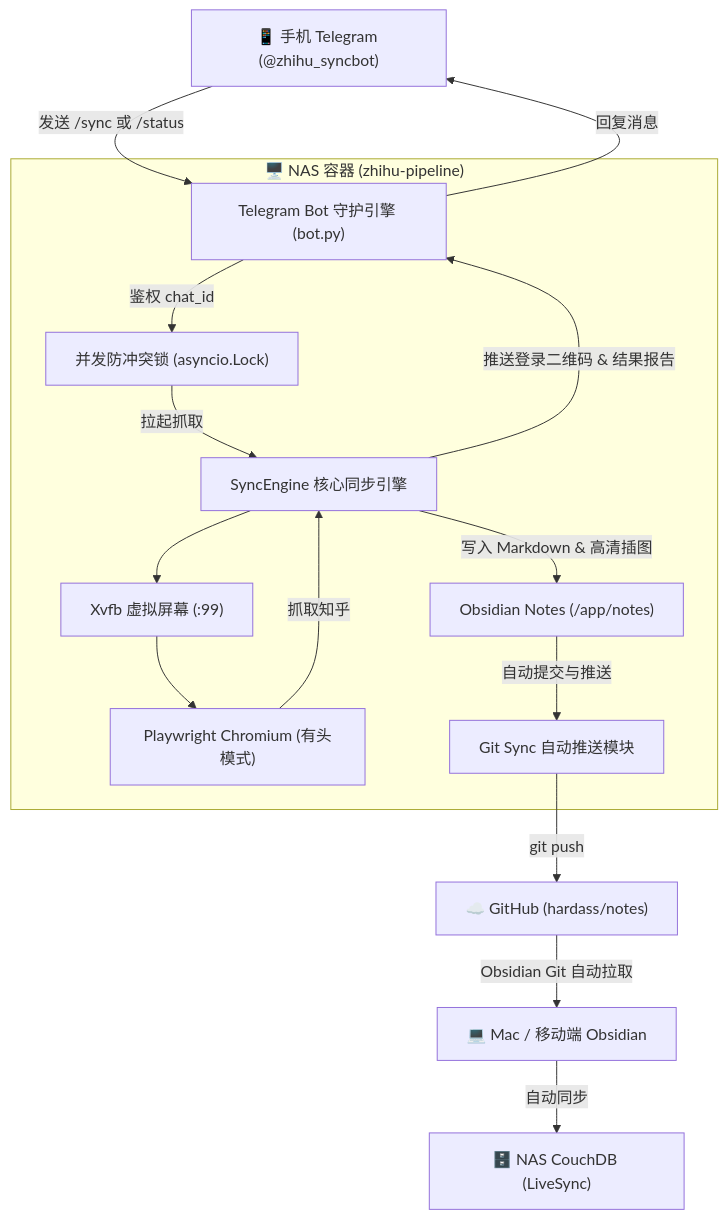
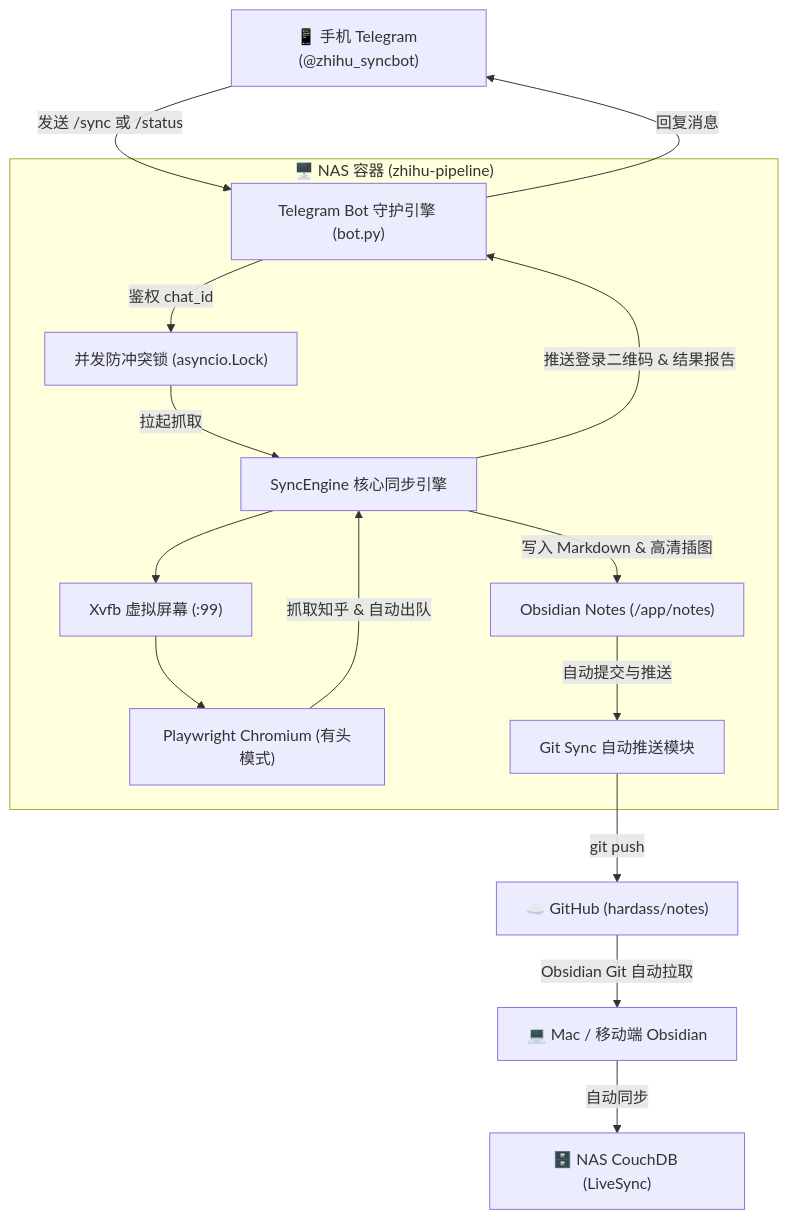
The diagram in README.md (hardass/ZhihuPipeline), drawn with Mermaid before and after one commit. The commit also changed other lines of this file and 2 other files, not shown here.

````diff
--- a/README.md
+++ b/README.md
@@ -48,32 +50,32 @@
 ```mermaid
 flowchart TD
     User["📱 手机 Telegram (@zhihu_syncbot)"]
     
     subgraph Host ["🖥️ NAS 容器 (zhihu-pipeline)"]
         Bot["Telegram Bot 守护引擎 (bot.py)"]
         Lock["并发防冲突锁 (asyncio.Lock)"]
         Engine["SyncEngine 核心同步引擎"]
         Xvfb["Xvfb 虚拟屏幕 (:99)"]
         Playwright["Playwright Chromium (有头模式)"]
         Vault["Obsidian Notes (/app/notes)"]
         Git["Git Sync 自动推送模块"]
     end
 
     GitHub["☁️ GitHub (hardass/notes)"]
     Obsidian["💻 Mac / 移动端 Obsidian"]
     CouchDB["🗄️ NAS CouchDB (LiveSync)"]
     
     User -->|发送 /sync 或 /status| Bot
     Bot -->|鉴权 chat_id| Lock
     Lock -->|拉起抓取| Engine
     Engine --> Xvfb
     Xvfb --> Playwright
-    Playwright -->|抓取知乎| Engine
+    Playwright -->|抓取知乎 & 自动出队| Engine
     Engine -->|写入 Markdown & 高清插图| Vault
     Vault -->|自动提交与推送| Git
     Git -->|git push| GitHub
     GitHub -->|Obsidian Git 自动拉取| Obsidian
     Obsidian -->|自动同步| CouchDB
     Engine -->|推送登录二维码 & 结果报告| Bot
     Bot -->|回复消息| User
 ```
````
